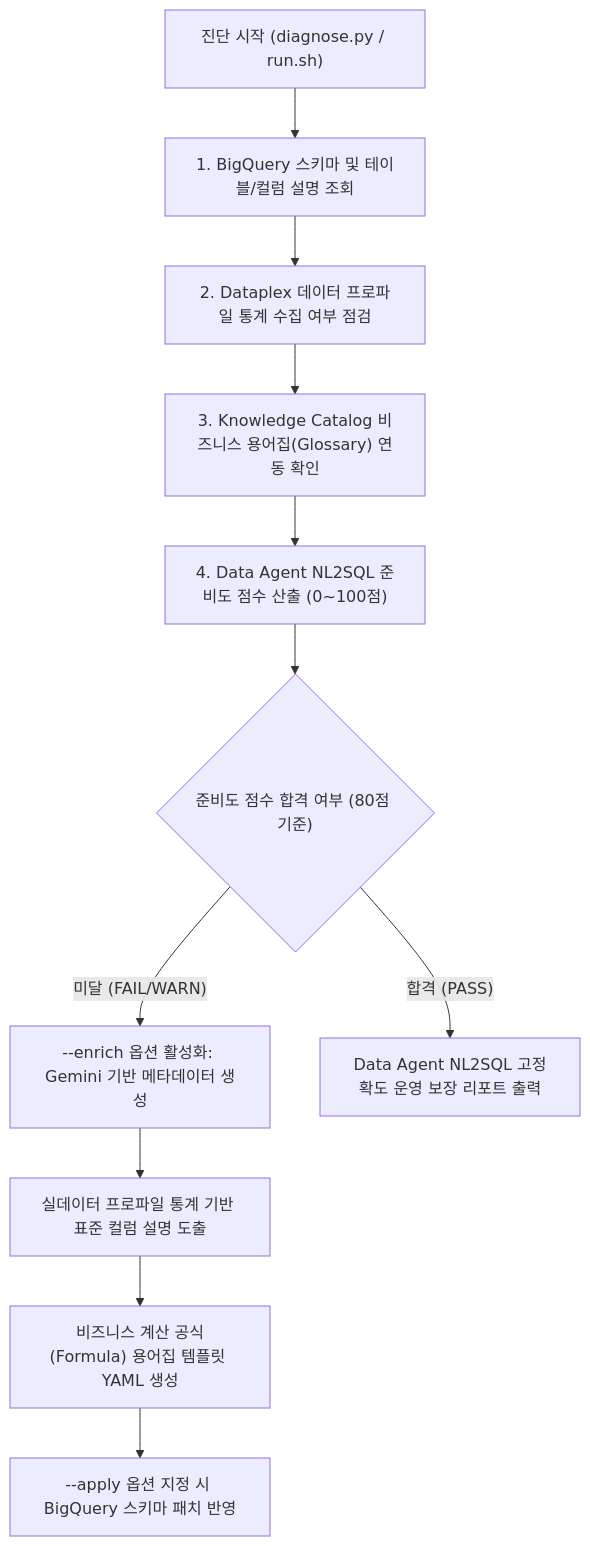
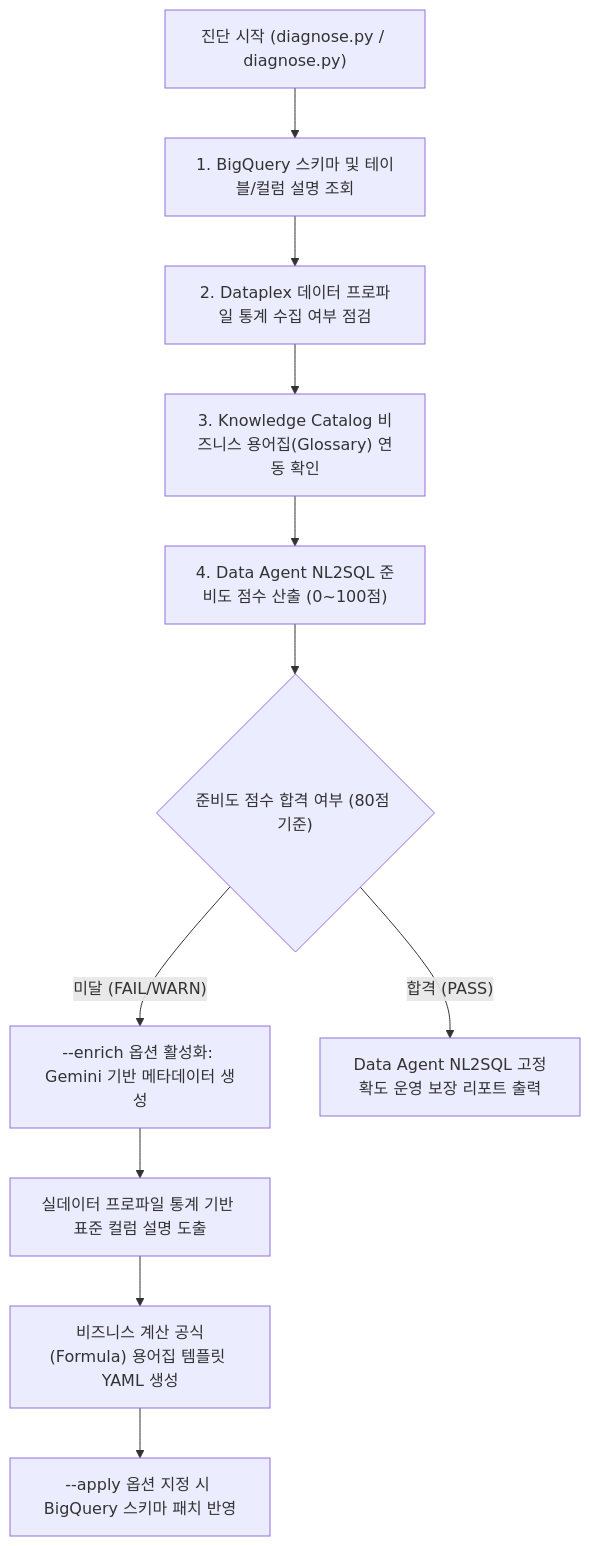
One commit to jiangjun-forge/google-cloud-0-to-1 changed the diagram in samples/bigquery-data-agent-semantic-enricher/README.md. Above: the diagram before and after it, drawn with Mermaid. The commit also changed other lines of this file and 180 other files, not shown here.

````diff
--- a/samples/bigquery-data-agent-semantic-enricher/README.md
+++ b/samples/bigquery-data-agent-semantic-enricher/README.md
@@ -41,13 +41,13 @@
 ```mermaid
 flowchart TD
-    A["진단 시작 (diagnose.py / run.sh)"] --> B["1. BigQuery 스키마 및 테이블/컬럼 설명 조회"]
+    A["진단 시작 (diagnose.py / diagnose.py)"] --> B["1. BigQuery 스키마 및 테이블/컬럼 설명 조회"]
     B --> C["2. Dataplex 데이터 프로파일 통계 수집 여부 점검"]
     C --> D["3. Knowledge Catalog 비즈니스 용어집(Glossary) 연동 확인"]
     D --> E["4. Data Agent NL2SQL 준비도 점수 산출 (0~100점)"]
     E --> F{"준비도 점수 합격 여부 (80점 기준)"}
     F -- "미달 (FAIL/WARN)" --> G["--enrich 옵션 활성화: Gemini 기반 메타데이터 생성"]
     G --> H["실데이터 프로파일 통계 기반 표준 컬럼 설명 도출"]
     H --> I["비즈니스 계산 공식(Formula) 용어집 템플릿 YAML 생성"]
     I --> J["--apply 옵션 지정 시 BigQuery 스키마 패치 반영"]
     F -- "합격 (PASS)" --> K["Data Agent NL2SQL 고정확도 운영 보장 리포트 출력"]
 ```
````
